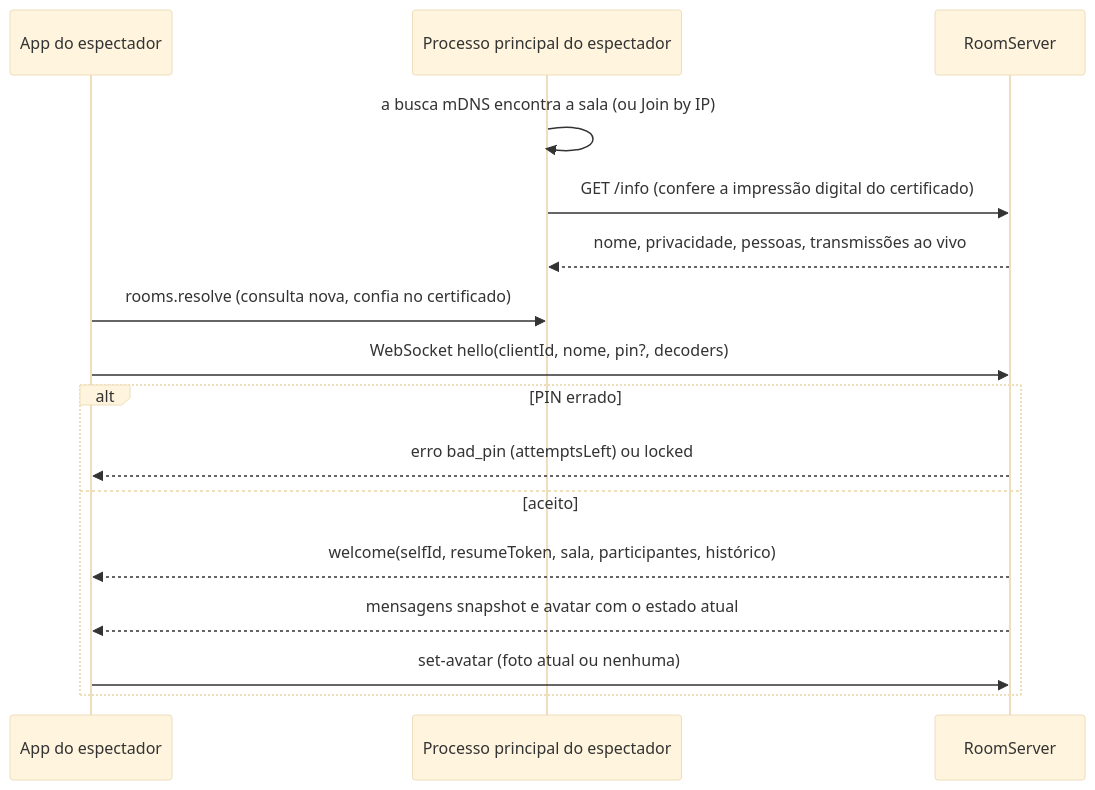
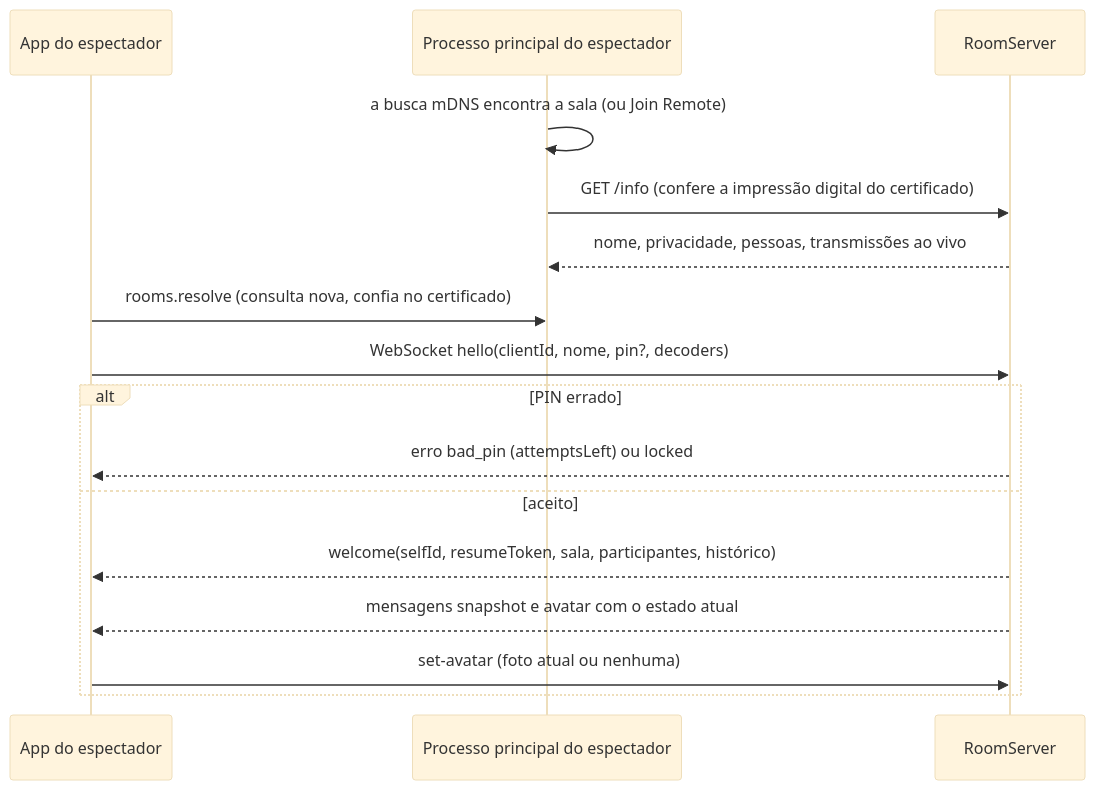
One commit to nsfxu/lan-screenshare changed the seventh of 8 diagrams in docs/pt-BR/architecture.md. Above: the diagram before and after it, drawn with Mermaid (base theme). The commit also changed other lines of this file and 44 other files, not shown here.

````diff
--- a/docs/pt-BR/architecture.md
+++ b/docs/pt-BR/architecture.md
@@ -326,18 +326,18 @@
 ```mermaid
 sequenceDiagram
   participant V as App do espectador
   participant M as Processo principal do espectador
   participant S as RoomServer
-  M->>M: a busca mDNS encontra a sala (ou Join by IP)
+  M->>M: a busca mDNS encontra a sala (ou Join Remote)
   M->>S: GET /info (confere a impressão digital do certificado)
   S-->>M: nome, privacidade, pessoas, transmissões ao vivo
   V->>M: rooms.resolve (consulta nova, confia no certificado)
   V->>S: WebSocket hello(clientId, nome, pin?, decoders)
   alt PIN errado
     S-->>V: erro bad_pin (attemptsLeft) ou locked
   else aceito
     S-->>V: welcome(selfId, resumeToken, sala, participantes, histórico)
     S-->>V: mensagens snapshot e avatar com o estado atual
     V->>S: set-avatar (foto atual ou nenhuma)
   end
 ```
````
